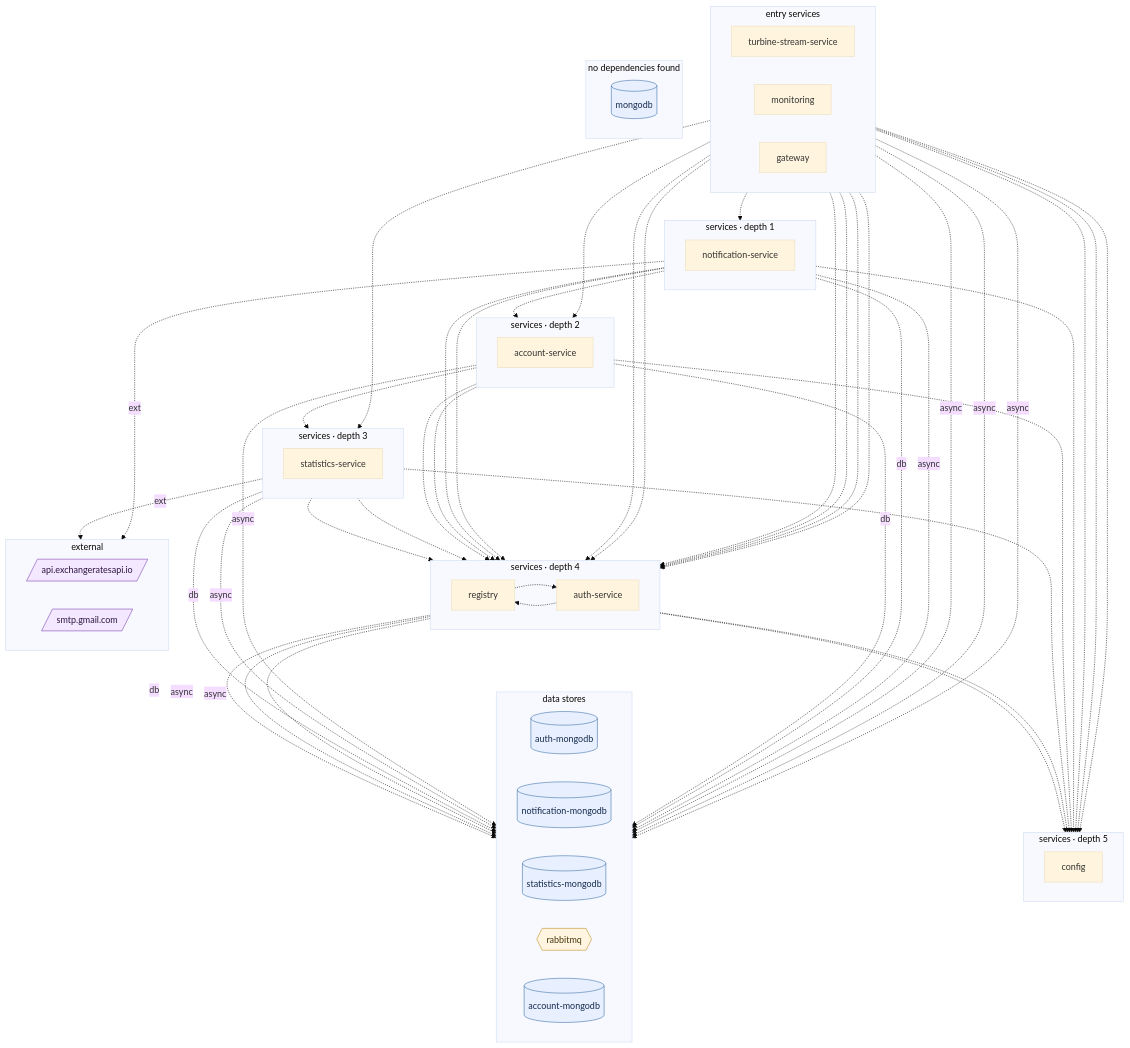
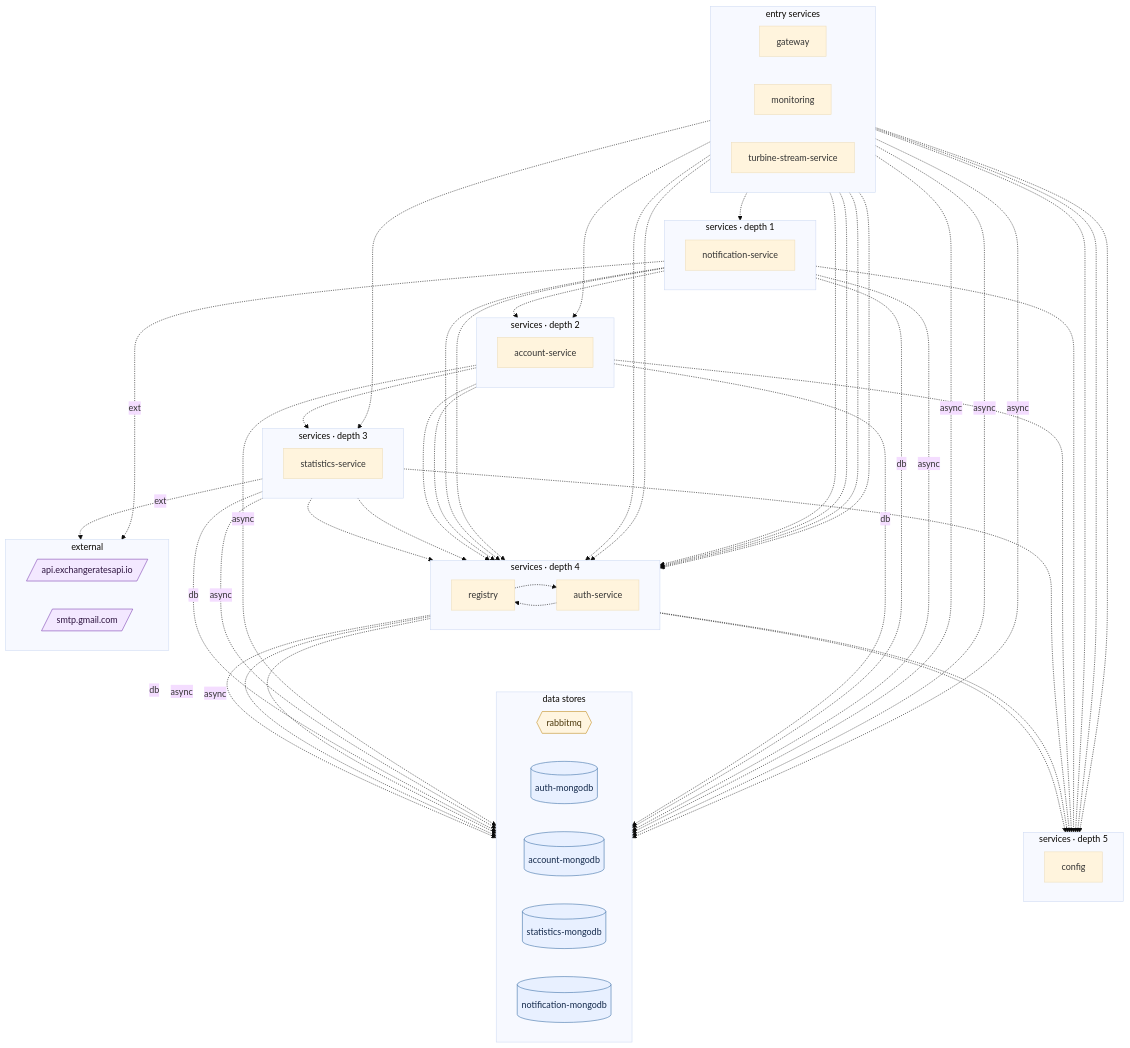
One commit to ANYuu531/ChatOps4Msa-Pipeline changed the diagram in docs/generalization/piggymetrics.mmd. Above: the diagram before and after it, drawn with Mermaid (base theme). The commit also changed 23 other files, not shown here.

```diff
--- a/docs/generalization/piggymetrics.mmd
+++ b/docs/generalization/piggymetrics.mmd
@@ -1,92 +1,88 @@
 flowchart TB
 %% DepWeaver — microservice dependency graph
 %% solid arrow = observed at runtime (Istio) · dashed = declared in code/doc only
 %% node shape: [service] ([gateway]) [(db)] {{queue}} [/external/]
   subgraph layer0 ["entry services"]
     direction LR
+    gateway["gateway"]
+    monitoring["monitoring"]
     turbine_stream_service["turbine-stream-service"]
-    monitoring["monitoring"]
-    gateway["gateway"]
   end
   subgraph layer1 ["services · depth 1"]
     direction LR
     notification_service["notification-service"]
   end
   subgraph layer2 ["services · depth 2"]
     direction LR
     account_service["account-service"]
   end
   subgraph layer3 ["services · depth 3"]
     direction LR
     statistics_service["statistics-service"]
   end
   subgraph layer4 ["services · depth 4"]
     direction LR
     registry["registry"]
     auth_service["auth-service"]
   end
   subgraph layer5 ["services · depth 5"]
     direction LR
     config["config"]
   end
   subgraph layer6 ["data stores"]
     direction LR
+    rabbitmq{{"rabbitmq"}}:::queue
     auth_mongodb[("auth-mongodb")]:::db
+    account_mongodb[("account-mongodb")]:::db
+    statistics_mongodb[("statistics-mongodb")]:::db
     notification_mongodb[("notification-mongodb")]:::db
-    statistics_mongodb[("statistics-mongodb")]:::db
-    rabbitmq{{"rabbitmq"}}:::queue
-    account_mongodb[("account-mongodb")]:::db
   end
   subgraph layer7 ["external"]
     direction LR
     api_exchangeratesapi_io[/"api.exchangeratesapi.io"/]:::external
     smtp_gmail_com[/"smtp.gmail.com"/]:::external
-  end
-  subgraph layer8 ["no dependencies found"]
-    direction LR
-    mongodb[("mongodb")]:::db
   end
   statistics_service -. ext .-> api_exchangeratesapi_io
   account_service -.-> statistics_service
   account_service -.-> auth_service
   notification_service -.-> account_service
   statistics_service -.-> config
   account_service -.-> config
   notification_service -.-> config
   gateway -.-> auth_service
   gateway -.-> account_service
   gateway -.-> statistics_service
   gateway -.-> notification_service
   auth_service -. db .-> auth_mongodb
   notification_service -.-> auth_service
   notification_service -. db .-> notification_mongodb
   notification_service -. ext .-> smtp_gmail_com
   statistics_service -.-> auth_service
   statistics_service -. db .-> statistics_mongodb
   statistics_service -.-> registry
   account_service -.-> registry
   notification_service -.-> registry
   turbine_stream_service -.-> registry
   monitoring -.-> registry
   auth_service -.-> registry
   gateway -.-> registry
   turbine_stream_service -.-> auth_service
   registry -.-> auth_service
   monitoring -.-> auth_service
   statistics_service -. async .-> rabbitmq
   account_service -. async .-> rabbitmq
   notification_service -. async .-> rabbitmq
   turbine_stream_service -. async .-> rabbitmq
   registry -. async .-> rabbitmq
   monitoring -. async .-> rabbitmq
   auth_service -. async .-> rabbitmq
   gateway -. async .-> rabbitmq
   account_service -. db .-> account_mongodb
   turbine_stream_service -.-> config
   registry -.-> config
   gateway -.-> config
   auth_service -.-> config
   monitoring -.-> config
 classDef db fill:#e8f0ff,stroke:#3a6ea5,color:#13294b;
 classDef queue fill:#fff5e0,stroke:#c08a1e,color:#4a370a;
 classDef external fill:#f3e8ff,stroke:#7a3fb0,color:#2e1440;
```
